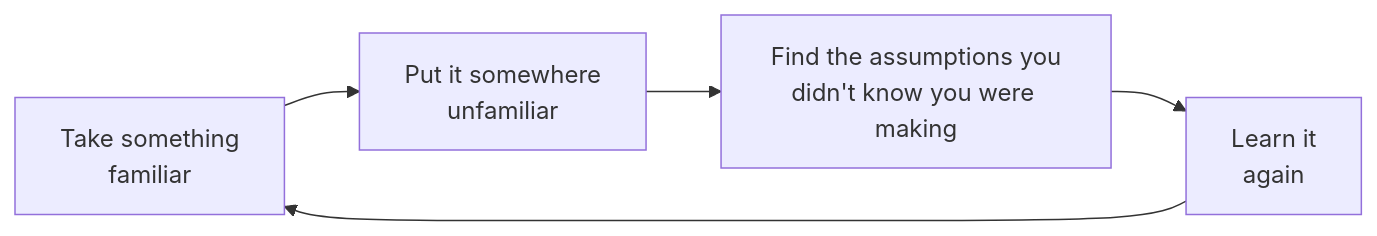
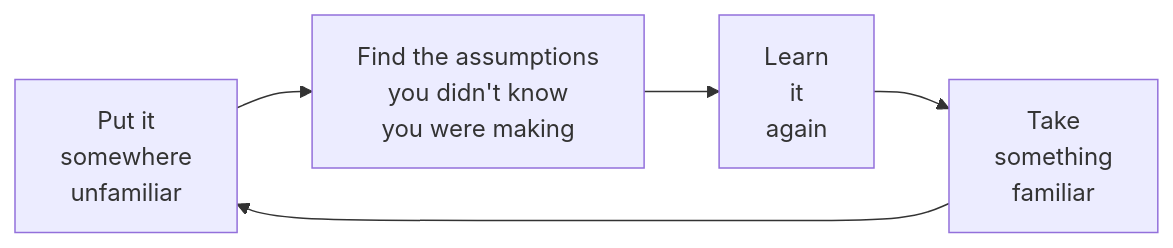
One commit to kidskoding/portfolio changed the fourth of 4 diagrams in src/content/blog/learn-it-again/index.mdx. Above: the diagram before and after it, drawn with Mermaid. The commit also changed other lines of this file, not shown here.

First line of the commit message:
Finish learn-it-again with a horizontal cycle diagram and a closing

````diff
--- a/src/content/blog/learn-it-again/index.mdx
+++ b/src/content/blog/learn-it-again/index.mdx
@@ -291,5 +291,8 @@
-```mermaid
+```mermaid edgeNodeSpacing=28 alignment=RIGHTDOWN padding=24
 graph LR
-  A[Take something<br/>familiar] --> B[Put it somewhere<br/>unfamiliar] --> C[Find the assumptions you<br/>didn't know you were making] --> D[Learn it<br/>again]
+  %% Edge order keeps the layout from breaking the loop anywhere but D --> A
+  B[Put it<br/>somewhere<br/>unfamiliar] --> C[Find the assumptions<br/>you didn't know<br/>you were making]
+  A[Take<br/>something<br/>familiar] --> B
+  C --> D[Learn<br/>it<br/>again]
   D --> A
 ```
````
